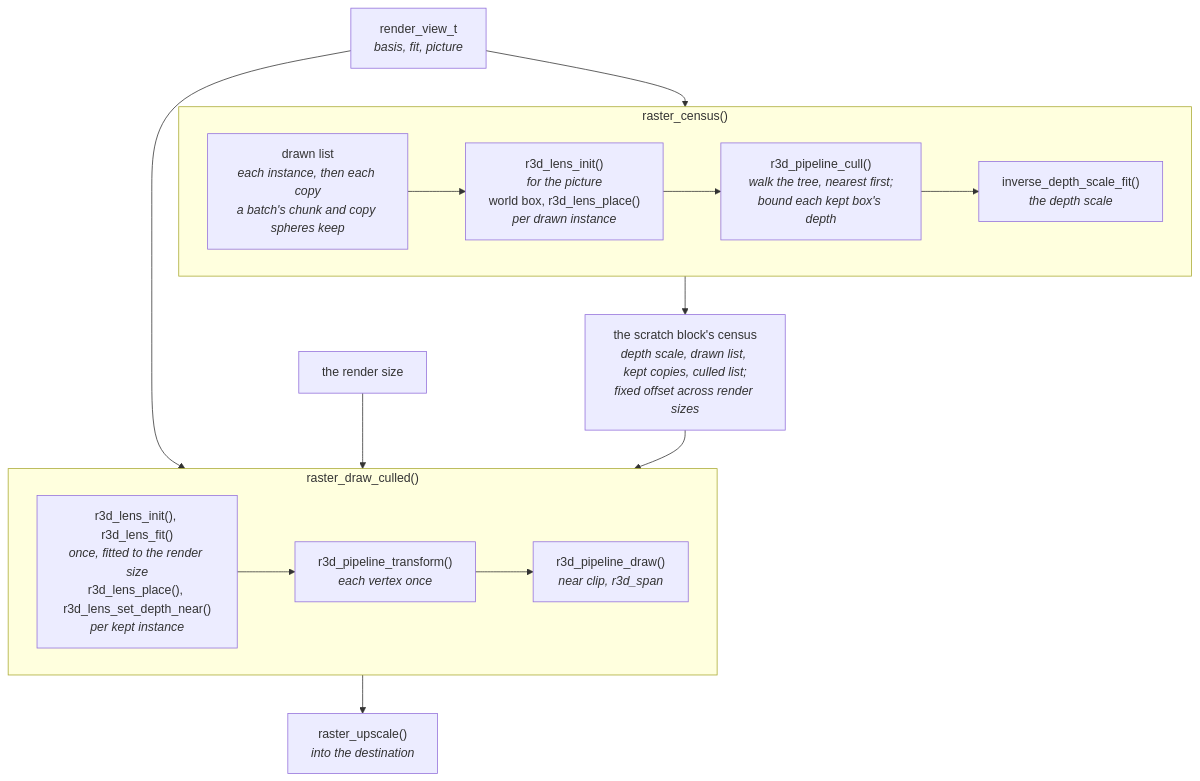
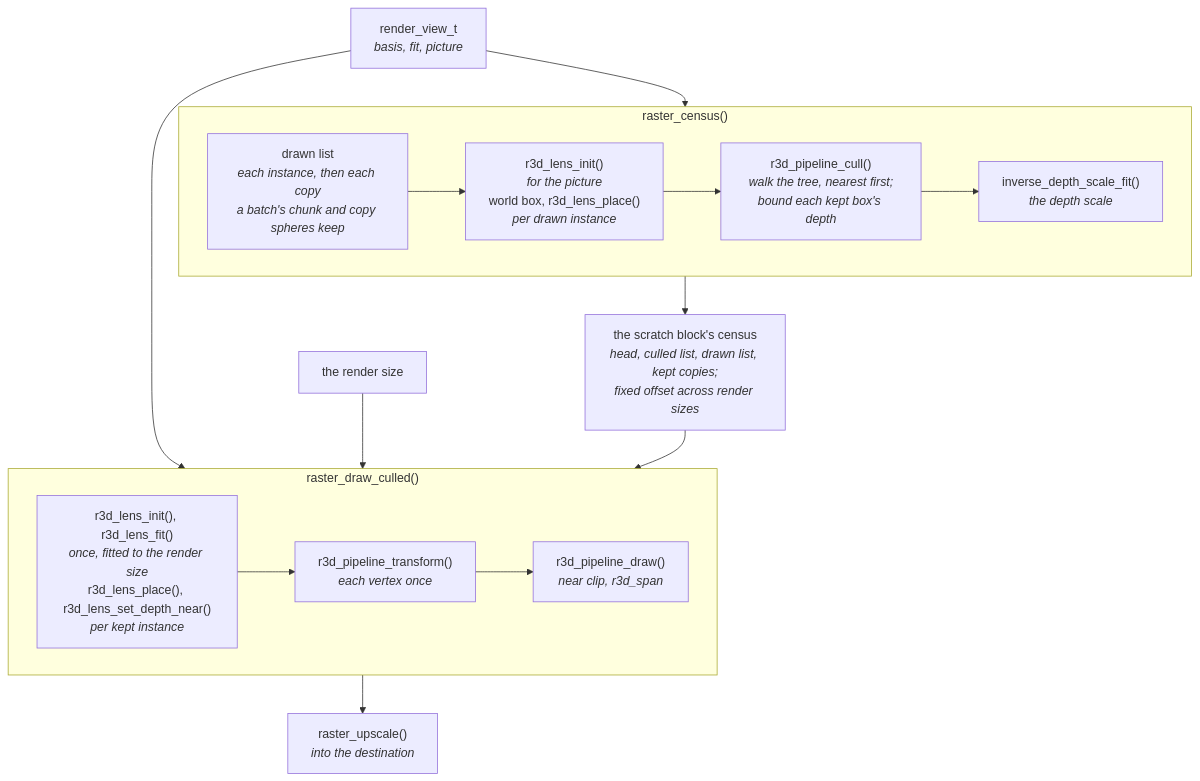
Before and after one commit to jose-villegas/autana: the first of 2 diagrams in docs/render/Mesh-Rendering.md, drawn with Mermaid. The commit also changed other lines of this file and 8 other files, not shown here.

Commit message:
render: batch-only work stays off a batch-less frame's stack: the census head holds the drawn list, the draw's seventh argument becomes render_context_set_batches(), and the batch expansion, bounds and copy meshes leave the common frames (autana-g78sg)

````diff
--- a/docs/render/Mesh-Rendering.md
+++ b/docs/render/Mesh-Rendering.md
@@ -107,21 +107,21 @@
 ```mermaid
 flowchart TB
     View["render_view_t<br/><i>basis, fit, picture</i>"] --> Census
     subgraph Census["raster_census()"]
         direction LR
         Expand["drawn list<br/><i>each instance, then each copy<br/>a batch's chunk and copy spheres keep</i>"] --> Picture
         Picture["r3d_lens_init()<br/><i>for the picture</i><br/>world box, r3d_lens_place()<br/><i>per drawn instance</i>"] --> Cull
         Cull["r3d_pipeline_cull()<br/><i>walk the tree, nearest first;<br/>bound each kept box's depth</i>"] --> Scale
         Scale["inverse_depth_scale_fit()<br/><i>the depth scale</i>"]
     end
-    Census --> List["the scratch block's census<br/><i>depth scale, drawn list, kept copies, culled list;<br/>fixed offset across render sizes</i>"]
+    Census --> List["the scratch block's census<br/><i>head, culled list, drawn list, kept copies;<br/>fixed offset across render sizes</i>"]
     View --> Draw
     Size["the render size"] --> Draw
     List --> Draw
     subgraph Draw["raster_draw_culled()"]
         direction LR
         Fit["r3d_lens_init(), r3d_lens_fit()<br/><i>once, fitted to the render size</i><br/>r3d_lens_place(), r3d_lens_set_depth_near()<br/><i>per kept instance</i>"] --> Transform["r3d_pipeline_transform()<br/><i>each vertex once</i>"]
         Transform --> DrawStage["r3d_pipeline_draw()<br/><i>near clip, r3d_span</i>"]
     end
     Draw --> Upscale["raster_upscale()<br/><i>into the destination</i>"]
 ```
````
